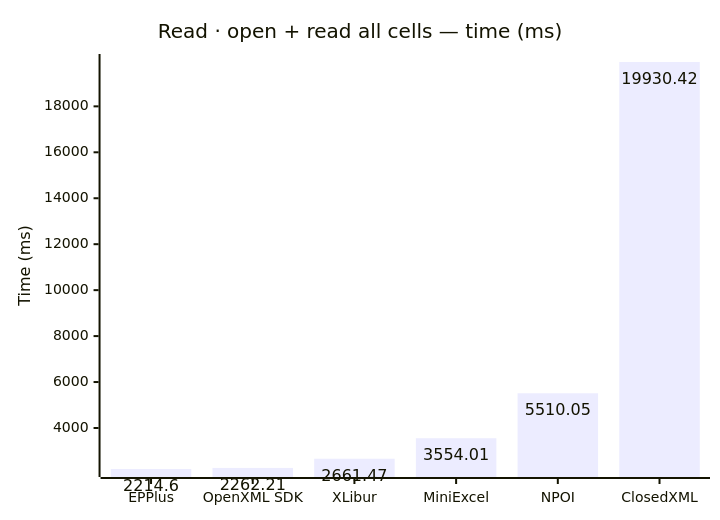
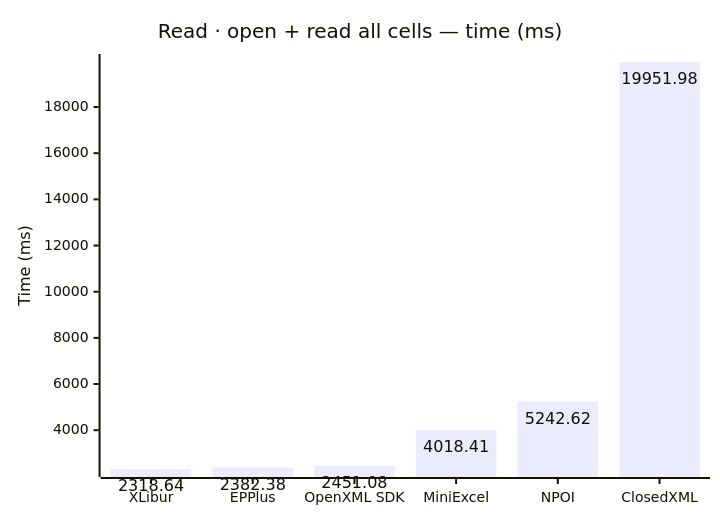
Before and after one commit to jafin/XLBench: the third of 6 diagrams in docs/results.md, drawn with Mermaid. The commit also changed other lines of this file and 1 other file, not shown here.

Commit message:
Refresh benchmark results for XLibur 0.106.0 / EPPlus 8.6.3

````diff
--- a/docs/results.md
+++ b/docs/results.md
@@ -60,12 +60,12 @@
 ```mermaid
 ---
 config:
   xyChart:
     showDataLabel: true
 ---
 xychart-beta
     title "Read · open + read all cells — time (ms)"
-    x-axis ["EPPlus", "OpenXML SDK", "XLibur", "MiniExcel", "NPOI", "ClosedXML"]
+    x-axis ["XLibur", "EPPlus", "OpenXML SDK", "MiniExcel", "NPOI", "ClosedXML"]
     y-axis "Time (ms)"
-    bar [2214.6, 2262.21, 2661.47, 3554.01, 5510.05, 19930.42]
+    bar [2318.64, 2382.38, 2451.08, 4018.41, 5242.62, 19951.98]
 ```
````
